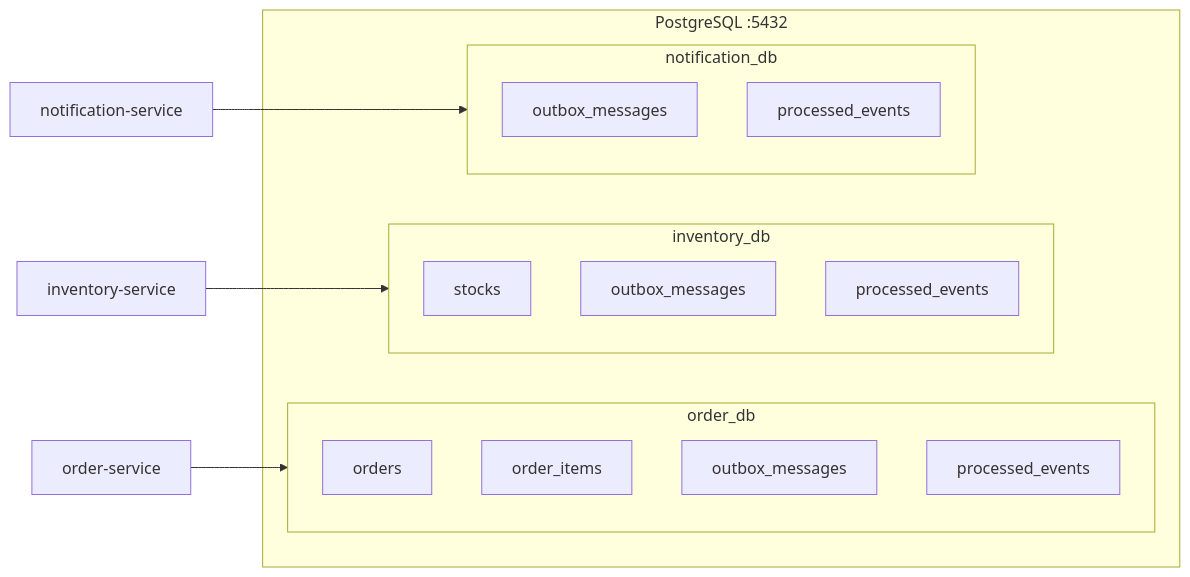
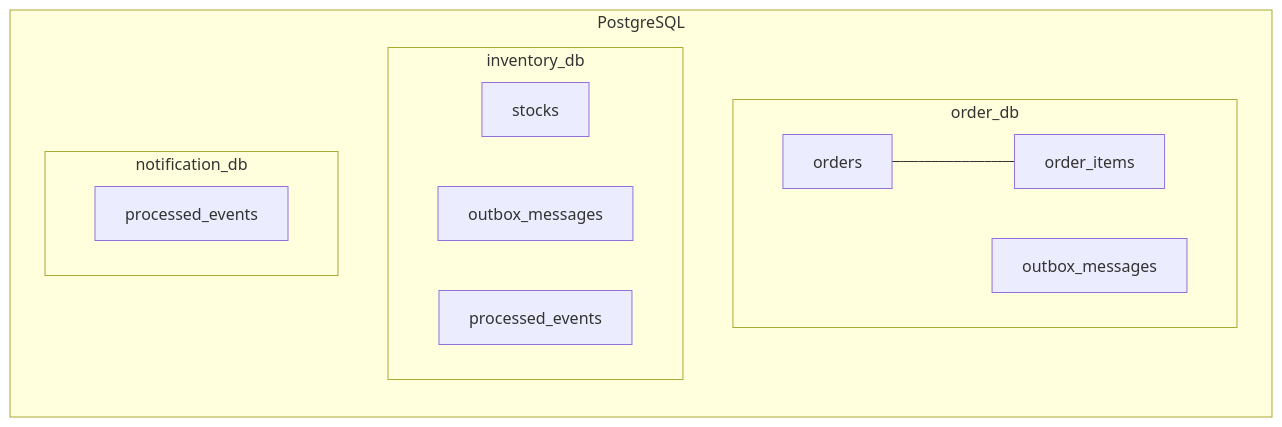
One commit to BayechouAbdelhadi/kafka-java-demo changed the fifth of 10 diagrams in README.md. Above: the diagram before and after it, drawn with Mermaid. The commit also changed other lines of this file, not shown here.

Commit message:
Refactor README.md to improve clarity and structure, updating architecture and component descriptions for the Event-Driven Order System

````diff
--- a/README.md
+++ b/README.md
@@ -205,23 +111,17 @@
 ```mermaid
 flowchart LR
-    subgraph pg["PostgreSQL :5432"]
+    subgraph pg["PostgreSQL"]
         subgraph odb["order_db"]
-            o1[orders]
-            o2[order_items]
+            o1[orders] --- o2[order_items]
             o3[outbox_messages]
-            o4[processed_events]
         end
         subgraph idb["inventory_db"]
             i1[stocks]
             i3[outbox_messages]
             i4[processed_events]
         end
         subgraph ndb["notification_db"]
-            n3[outbox_messages]
             n4[processed_events]
         end
     end
-    OS[order-service] --> odb
-    IS[inventory-service] --> idb
-    NS[notification-service] --> ndb
 ```
````
